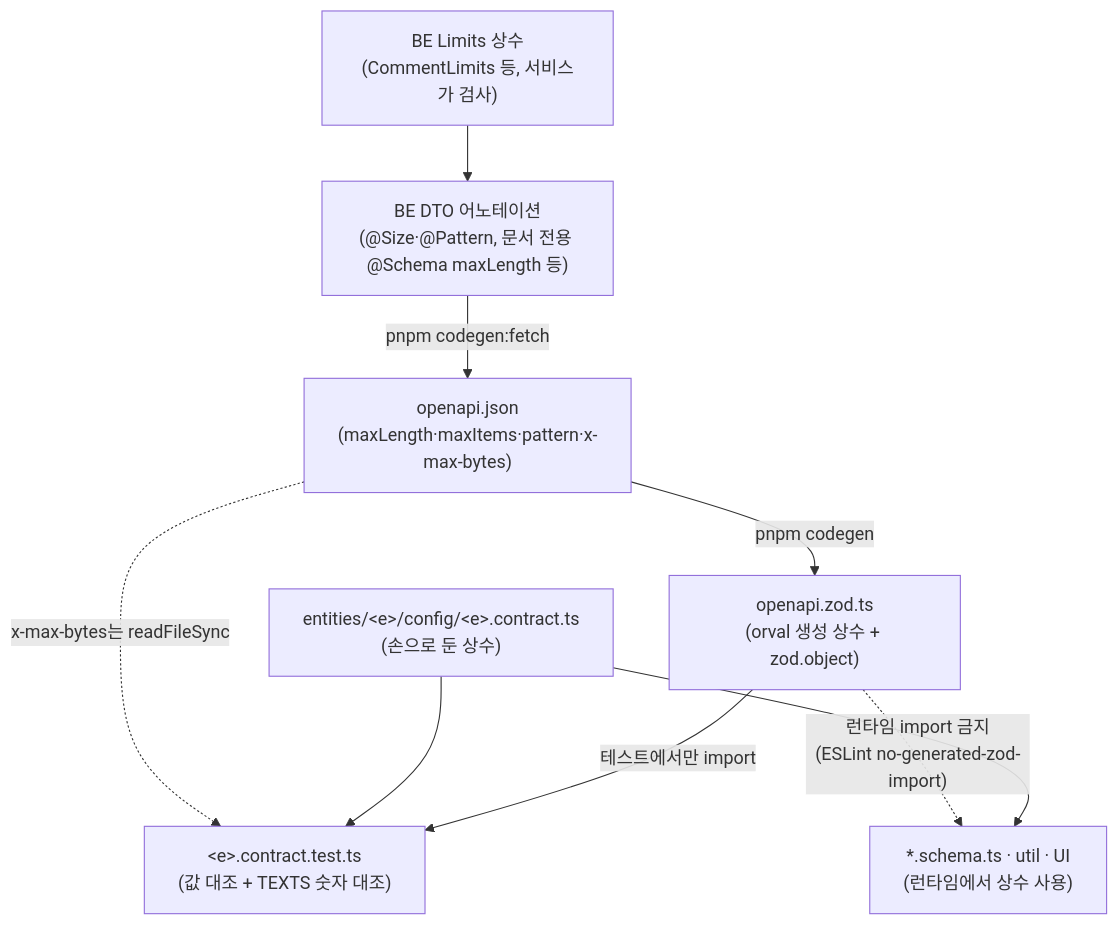
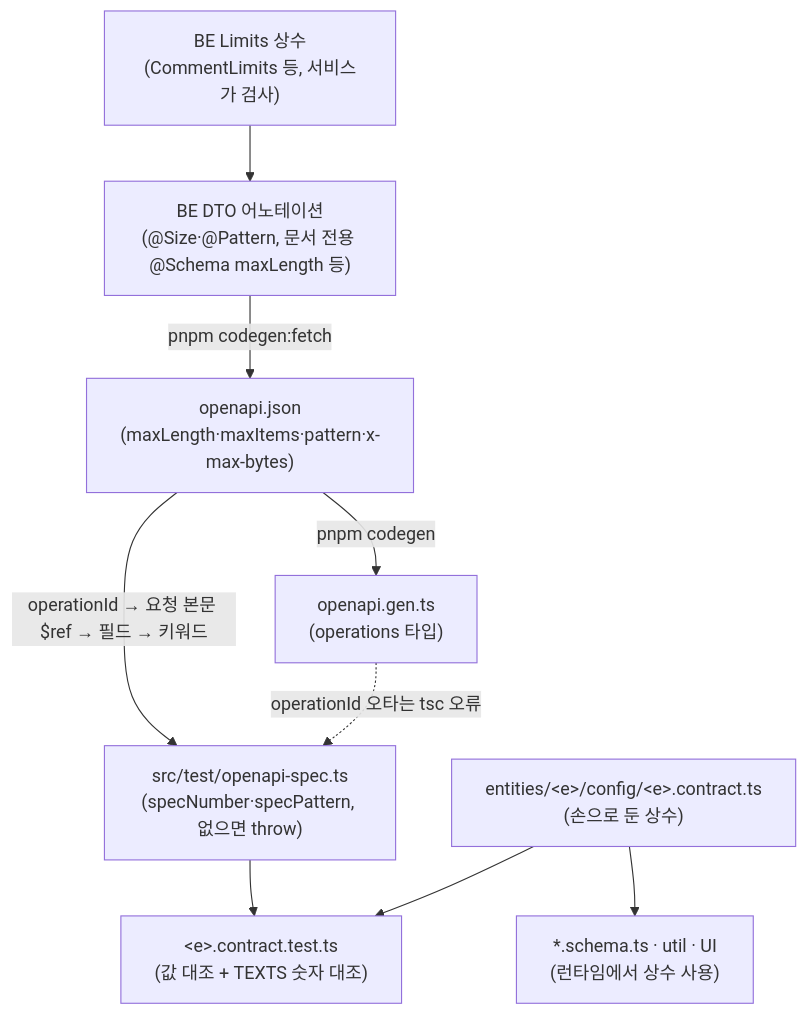
One commit to BAECHAN/link-sphere_FE_NEW changed the second of 2 diagrams in docs/OPENAPI-CODEGEN.md. Above: the diagram before and after it, drawn with Mermaid. The commit also changed other lines of this file and 26 other files, not shown here.

````diff
--- a/docs/OPENAPI-CODEGEN.md
+++ b/docs/OPENAPI-CODEGEN.md
@@ -318,16 +330,17 @@
 ```mermaid
 flowchart TD
     BE["BE Limits 상수<br/>(CommentLimits 등, 서비스가 검사)"]
     DTO["BE DTO 어노테이션<br/>(@Size·@Pattern, 문서 전용 @Schema maxLength 등)"]
     JSON["openapi.json<br/>(maxLength·maxItems·pattern·x-max-bytes)"]
-    ZOD["openapi.zod.ts<br/>(orval 생성 상수 + zod.object)"]
+    H["src/test/openapi-spec.ts<br/>(specNumber·specPattern, 없으면 throw)"]
+    GEN["openapi.gen.ts<br/>(operations 타입)"]
     C["entities/&lt;e&gt;/config/&lt;e&gt;.contract.ts<br/>(손으로 둔 상수)"]
     T["&lt;e&gt;.contract.test.ts<br/>(값 대조 + TEXTS 숫자 대조)"]
     RT["*.schema.ts · util · UI<br/>(런타임에서 상수 사용)"]
-    BE --> DTO -->|"pnpm codegen:fetch"| JSON -->|"pnpm codegen"| ZOD
-    ZOD -->|"테스트에서만 import"| T
+    BE --> DTO -->|"pnpm codegen:fetch"| JSON
+    JSON -->|"operationId → 요청 본문 $ref → 필드 → 키워드"| H
+    JSON -->|"pnpm codegen"| GEN -.->|"operationId 오타는 tsc 오류"| H
+    H --> T
     C --> T
     C --> RT
-    JSON -.->|"x-max-bytes는 readFileSync"| T
-    ZOD -.->|"런타임 import 금지<br/>(ESLint no-generated-zod-import)"| RT
 ```
````
